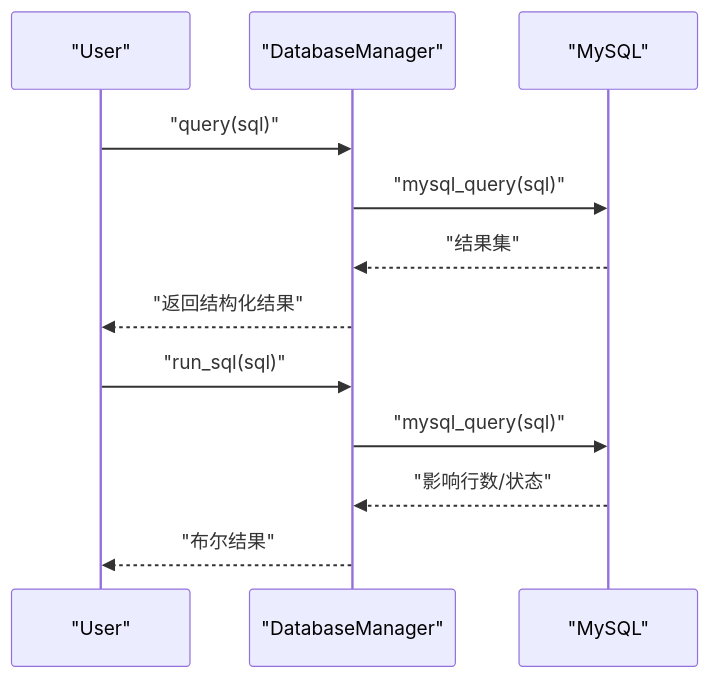
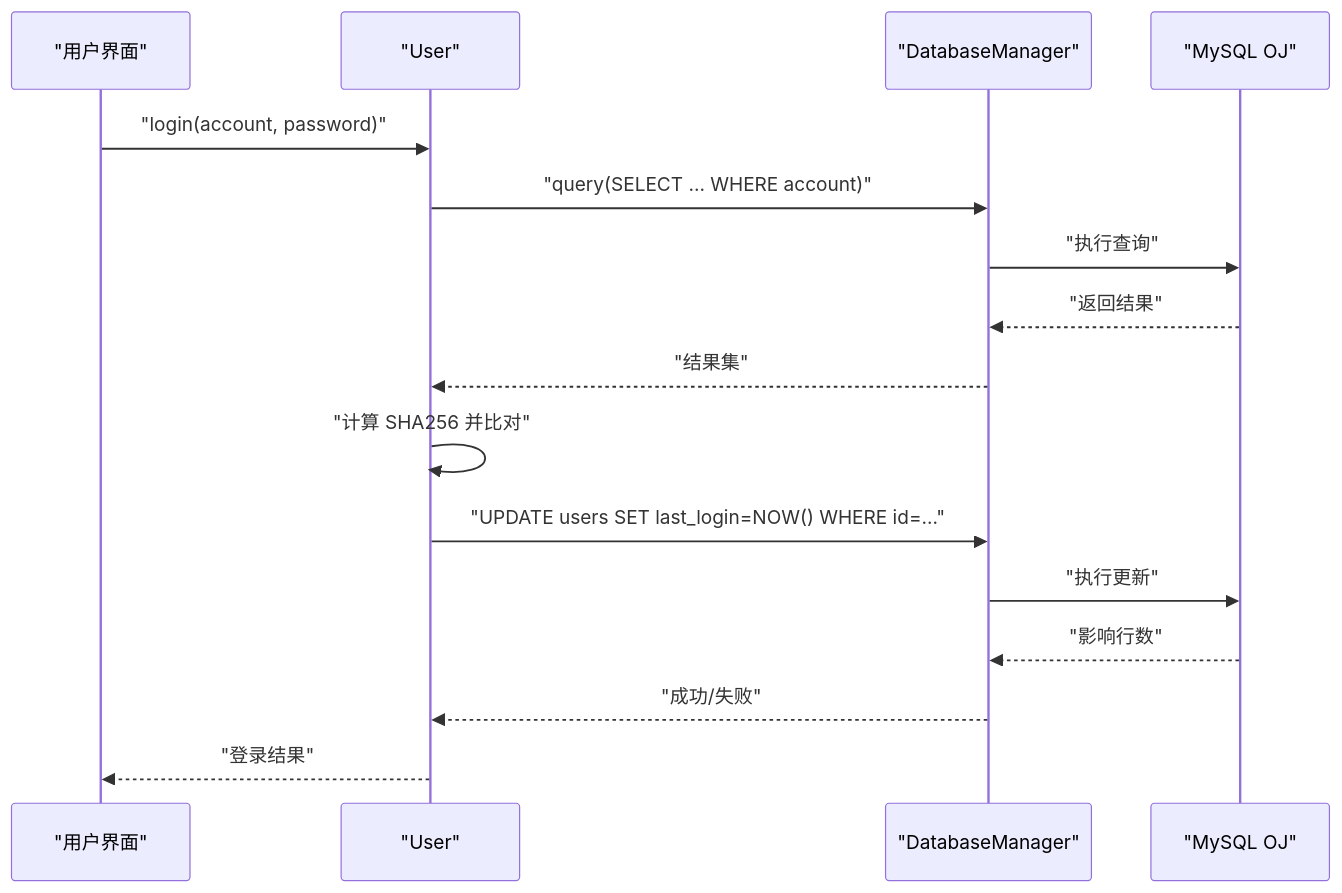
Before and after one commit to jinpeng900/OJ-Test: the third of 4 diagrams in .qoder/repowiki/zh/content/数据库设计.md, drawn with Mermaid. The commit also changed other lines of this file and 147 other files, not shown here.

````diff
--- a/.qoder/repowiki/zh/content/数据库设计.md
+++ b/.qoder/repowiki/zh/content/数据库设计.md
@@ -185,14 +206,18 @@
 ```mermaid
 sequenceDiagram
+participant UI as "用户界面"
 participant U as "User"
-participant DM as "DatabaseManager"
-participant DB as "MySQL"
-U->>DM : "query(sql)"
-DM->>DB : "mysql_query(sql)"
-DB-->>DM : "结果集"
-DM-->>U : "返回结构化结果"
-U->>DM : "run_sql(sql)"
-DM->>DB : "mysql_query(sql)"
-DB-->>DM : "影响行数/状态"
-DM-->>U : "布尔结果"
+participant DBM as "DatabaseManager"
+participant DB as "MySQL OJ"
+UI->>U : "login(account, password)"
+U->>DBM : "query(SELECT ... WHERE account)"
+DBM->>DB : "执行查询"
+DB-->>DBM : "返回结果"
+DBM-->>U : "结果集"
+U->>U : "计算 SHA256 并比对"
+U->>DBM : "UPDATE users SET last_login=NOW() WHERE id=..."
+DBM->>DB : "执行更新"
+DB-->>DBM : "影响行数"
+DBM-->>U : "成功/失败"
+U-->>UI : "登录结果"
 ```
````
